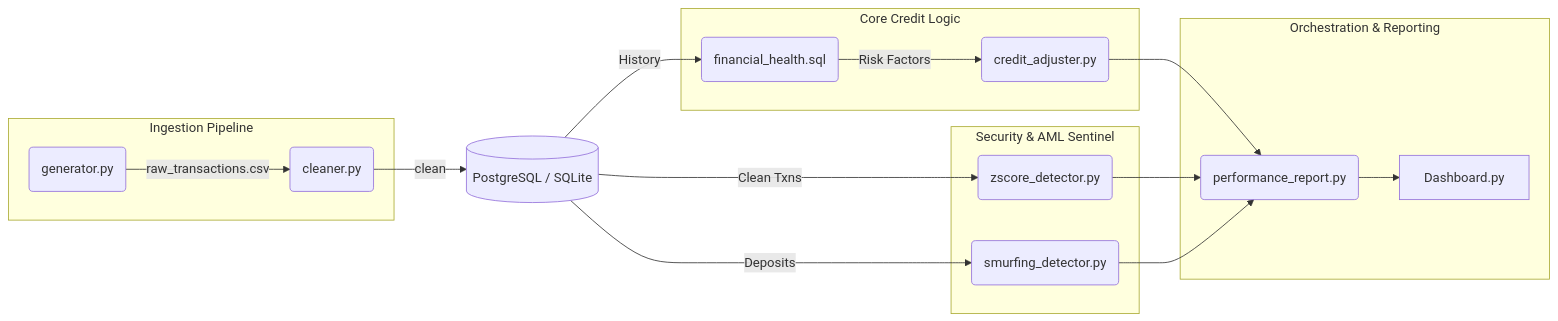
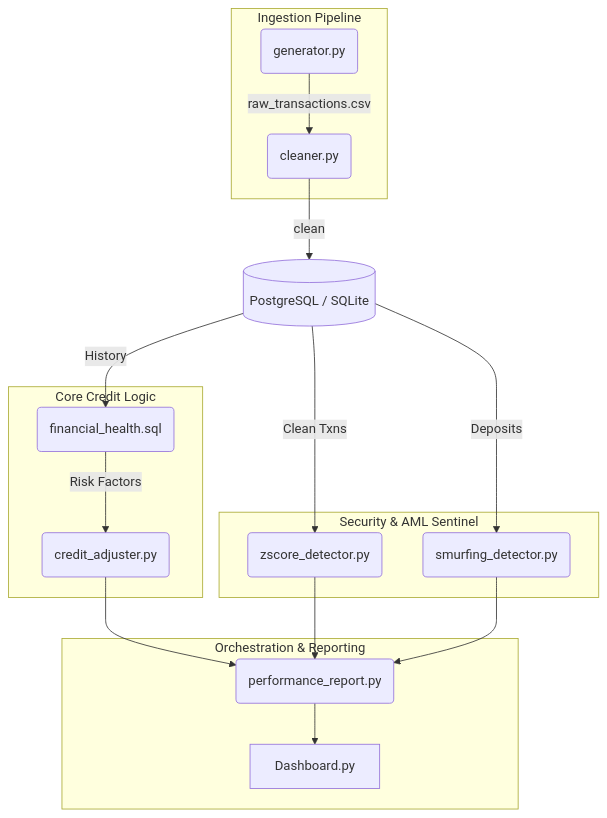
Before and after one commit to moisesvarelalopez/fintech-risk-engine: the diagram in README.md, drawn with Mermaid.

Commit message:
style(docs): switch architecture diagram to vertical layout

````diff
--- a/README.md
+++ b/README.md
@@ -17,31 +17,31 @@
 ```mermaid
-graph LR
+graph TD
     subgraph Ingestion["Ingestion Pipeline"]
         A(generator.py) -->|raw_transactions.csv| B(cleaner.py)
     end
 
     DB[(PostgreSQL / SQLite)]
     B -->|clean| DB
 
     subgraph Credit["Core Credit Logic"]
         C(financial_health.sql) -->|Risk Factors| D(credit_adjuster.py)
     end
 
     DB -->|History| C
 
     subgraph AML["Security & AML Sentinel"]
         E(zscore_detector.py)
         F(smurfing_detector.py)
     end
 
     DB -->|Clean Txns| E
     DB -->|Deposits| F
 
     subgraph Orchestration["Orchestration & Reporting"]
         R(performance_report.py) --> Dash[Dashboard.py]
     end
 
     D --> R
     E --> R
     F --> R
 ```
````
